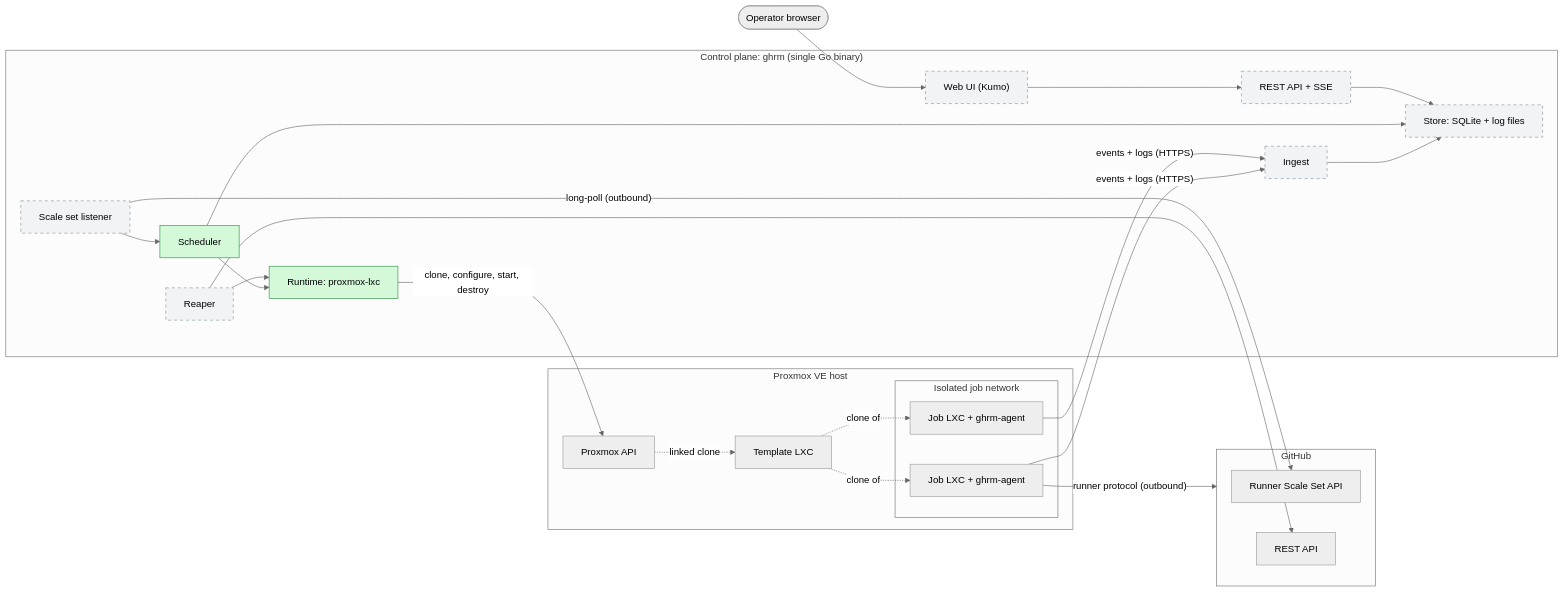
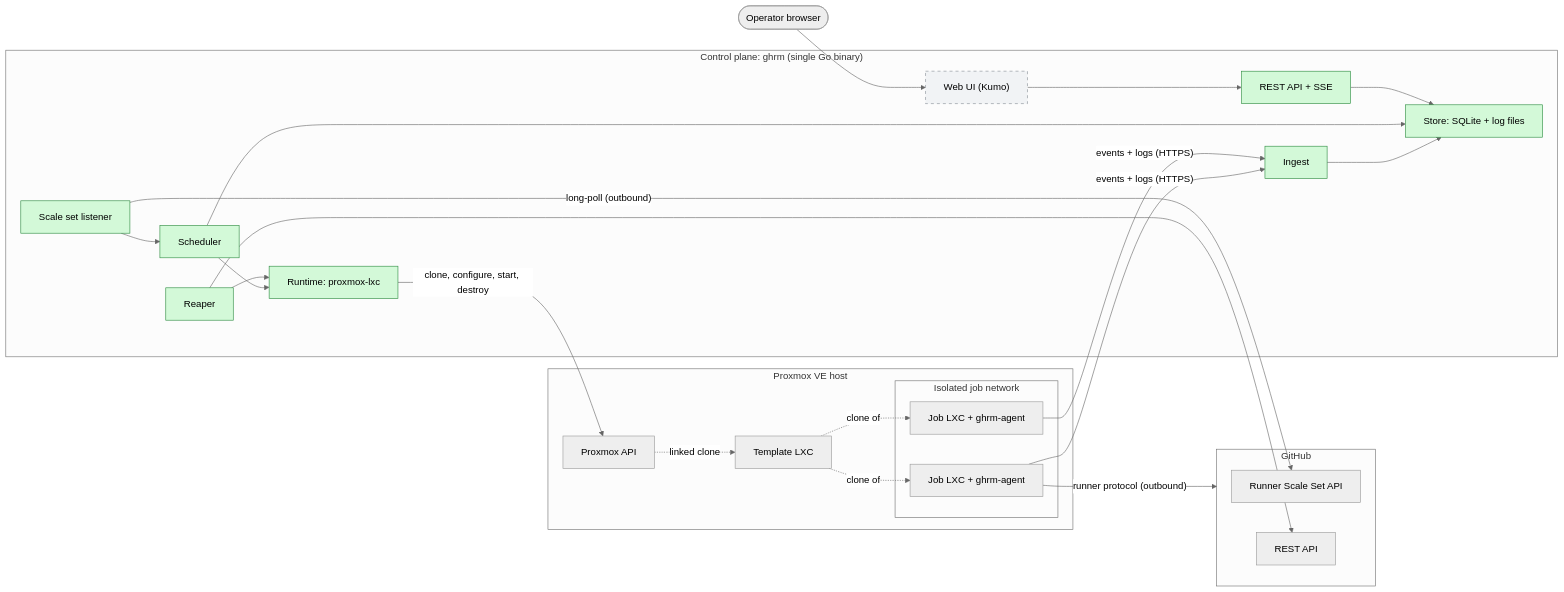
Before and after one commit to cocardoso/gh-runners-manager: the first of 8 diagrams in docs/architecture.md, drawn with Mermaid (neutral theme). The commit also changed other lines of this file and 1 other file, not shown here.

Commit message:
docs: update architecture and development guide for M2

````diff
--- a/docs/architecture.md
+++ b/docs/architecture.md
@@ -29,52 +32,52 @@
 ```mermaid
 flowchart LR
     subgraph github["GitHub"]
         ss["Runner Scale Set API"]
         rest["REST API"]
     end
 
     subgraph cp["Control plane: ghrm (single Go binary)"]
         listener["Scale set listener"]
         scheduler["Scheduler"]
         runtime["Runtime: proxmox-lxc"]
         reaper["Reaper"]
         store["Store: SQLite + log files"]
         ingest["Ingest"]
         api["REST API + SSE"]
         ui["Web UI (Kumo)"]
     end
 
     subgraph pve["Proxmox VE host"]
         pveapi["Proxmox API"]
         tmpl["Template LXC"]
         subgraph jobnet["Isolated job network"]
             env1["Job LXC + ghrm-agent"]
             env2["Job LXC + ghrm-agent"]
         end
     end
 
     operator(["Operator browser"])
 
     listener -- "long-poll (outbound)" --> ss
     listener --> scheduler
     scheduler --> runtime
     runtime -- "clone, configure, start, destroy" --> pveapi
     pveapi -. "linked clone" .-> tmpl
     tmpl -. "clone of" .-> env1
     tmpl -. "clone of" .-> env2
     env1 -- "events + logs (HTTPS)" --> ingest
     env2 -- "events + logs (HTTPS)" --> ingest
     env1 -- "runner protocol (outbound)" --> github
     reaper --> runtime
     reaper --> rest
     ingest --> store
     scheduler --> store
     api --> store
     ui --> api
     operator --> ui
 
     classDef done fill:#d3f9d8,stroke:#2b8a3e,color:#000
     classDef planned fill:#f1f3f5,stroke:#868e96,stroke-dasharray:5 5,color:#000
-    class runtime,scheduler done
-    class listener,reaper,store,ingest,api,ui planned
+    class runtime,scheduler,listener,reaper,store,ingest,api done
+    class ui planned
 ```
````
